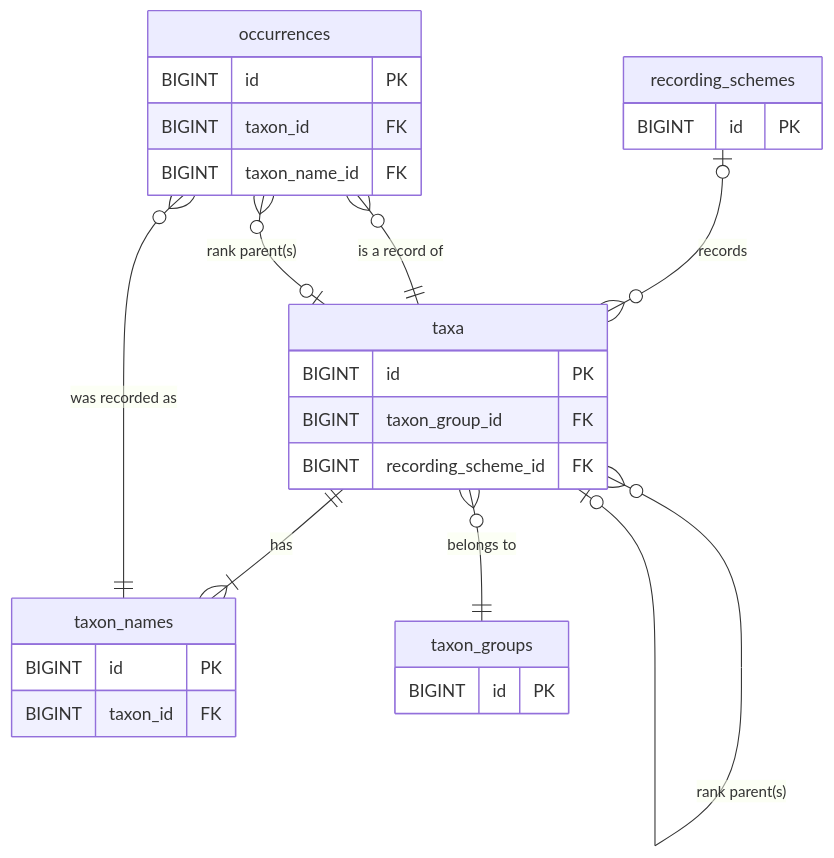
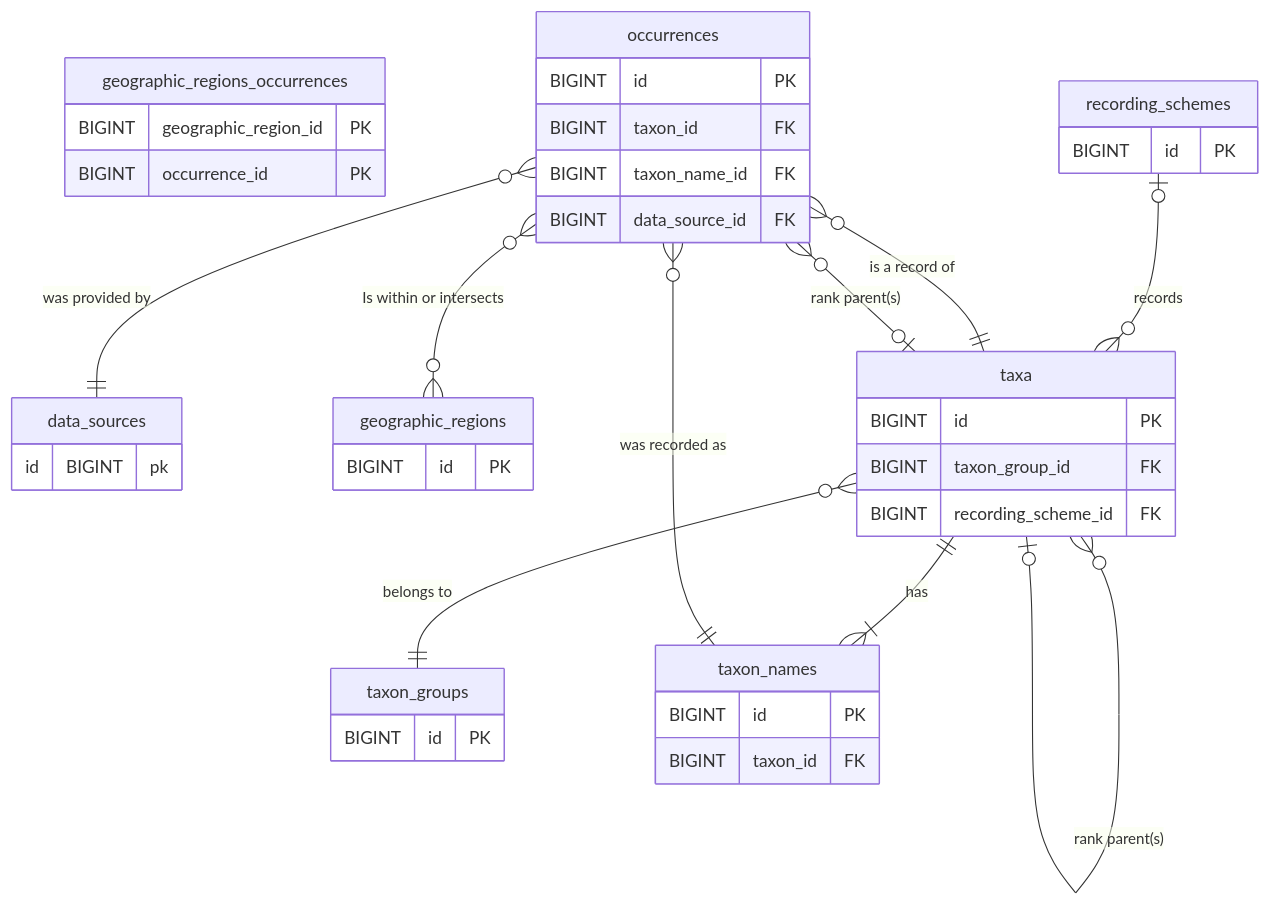
Before and after one commit to National-Museums-Liverpool/tanhub: the diagram in docs/database.md, drawn with Mermaid. The commit also changed other lines of this file and 19 other files, not shown here.

````diff
--- a/docs/database.md
+++ b/docs/database.md
@@ -22,36 +22,52 @@
 ```mermaid
 erDiagram
+  data_sources {
+    id BIGINT pk
+  }
+
+  geographic_regions {
+    BIGINT id PK
+  }
+
+  geographic_regions_occurrences {
+    BIGINT geographic_region_id PK
+    BIGINT occurrence_id PK
+  }
+
+  occurrences {
+    BIGINT id PK
+    BIGINT taxon_id FK
+    BIGINT taxon_name_id FK
+    BIGINT data_source_id FK
+  }
+
+  recording_schemes {
+    BIGINT id PK
+  }
+
   taxa {
     BIGINT id PK
     BIGINT taxon_group_id FK
     BIGINT recording_scheme_id FK
+  }
+
+  taxon_groups {
+    BIGINT id PK
   }
 
   taxon_names {
     BIGINT id PK
     BIGINT taxon_id FK
   }
 
-  taxon_groups {
-    BIGINT id PK
-  }
-
-  recording_schemes {
-    BIGINT id PK
-  }
-
-  occurrences {
-    BIGINT id PK
-    BIGINT taxon_id FK
-    BIGINT taxon_name_id FK
-  }
-
   recording_schemes |o--o{ taxa: records
   taxa ||--|{ taxon_names: has
   taxa }o--o| taxa: "rank parent(s)"
   taxa }o--|| taxon_groups: "belongs to"
+  occurrences }o--|| data_sources: "was provided by"
+  occurrences }o--o{ geographic_regions: "Is within or intersects"
   occurrences }o--|| taxa: "is a record of"
   occurrences }o--o| taxa: "rank parent(s)"
   occurrences }o--|| taxon_names: "was recorded as"
 
 ```
````
